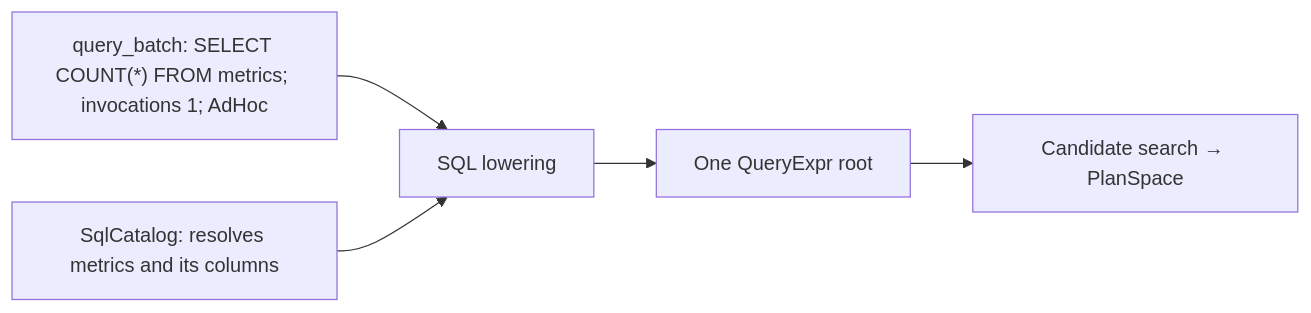
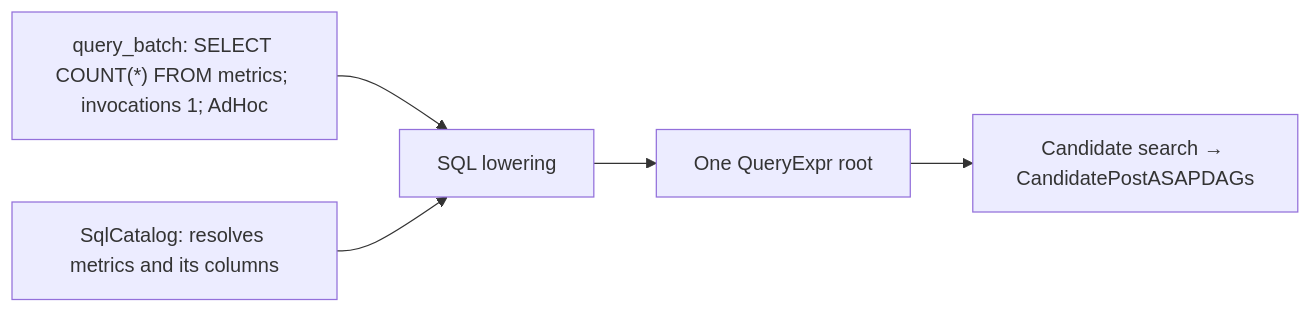
Before and after one commit to ProjectASAP/ASAPPlanner: the second of 2 diagrams in docs/design_docs/architecture/input-output-workflow.md, drawn with Mermaid. The commit also changed other lines of this file and 35 other files, not shown here.

First line of the commit message:
refactor: rename PlanSpace to CandidatePostASAPDAGs

````diff
--- a/docs/design_docs/architecture/input-output-workflow.md
+++ b/docs/design_docs/architecture/input-output-workflow.md
@@ -100,11 +100,11 @@
 ```mermaid
 flowchart LR
     Q["query_batch: SELECT COUNT(*) FROM metrics; invocations 1; AdHoc"]
     C["SqlCatalog: resolves metrics and its columns"]
     F["SQL lowering"]
     R["One QueryExpr root"]
-    P["Candidate search → PlanSpace"]
+    P["Candidate search → CandidatePostASAPDAGs"]
     Q --> F
     C --> F
     F --> R --> P
 ```
````
